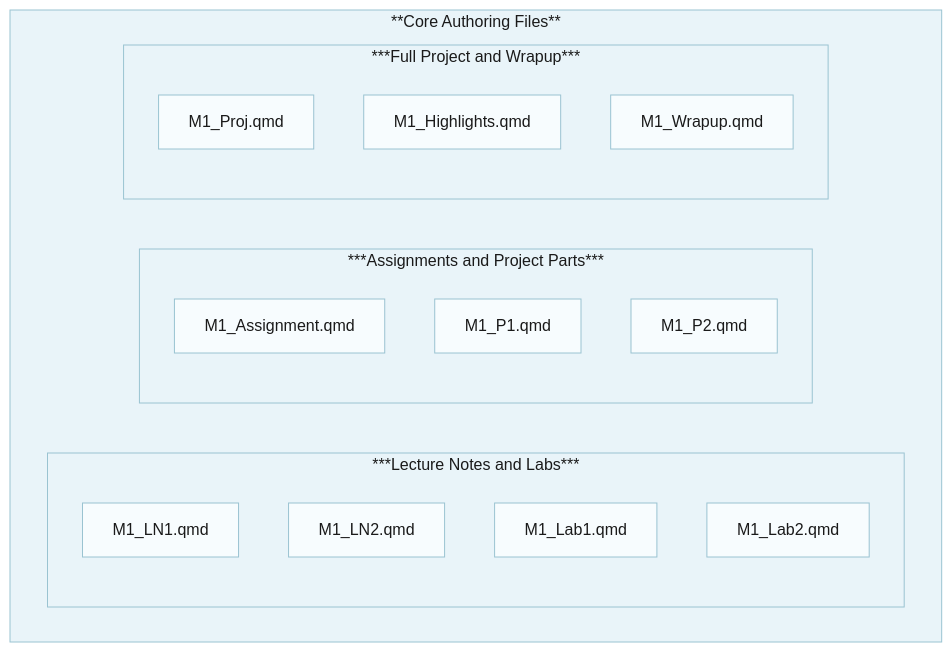
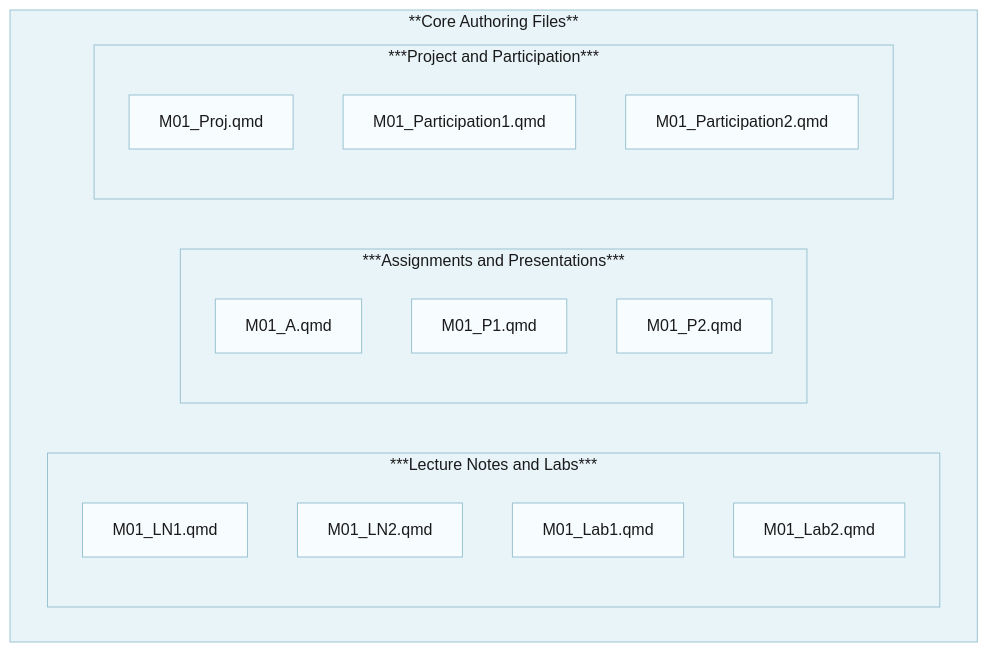
One commit to BostonAnalytics/edustack changed the second of 2 diagrams in 05_quarto_class_setup.qmd. Above: the diagram before and after it, drawn with Mermaid. The commit also changed other lines of this file and 89 other files, not shown here.

````diff
--- a/05_quarto_class_setup.qmd
+++ b/05_quarto_class_setup.qmd
@@ -243,40 +263,40 @@
 ```{mermaid}
 flowchart LR
 
 subgraph CoreFiles["**Core Authoring Files**"]
     direction LR
 
     %% Column 1
     subgraph Col1["***Lecture Notes and Labs***"]
         direction TB
-        C1[M1_LN1.qmd]
-        C2[M1_LN2.qmd]
-        C3[M1_Lab1.qmd]
-        C4[M1_Lab2.qmd]
+        C1[M01_LN1.qmd]
+        C2[M01_LN2.qmd]
+        C3[M01_Lab1.qmd]
+        C4[M01_Lab2.qmd]
     end
 
     %% Column 2
-    subgraph Col2["***Assignments and Project Parts***"]
+    subgraph Col2["***Assignments and Presentations***"]
         direction TB
-        C5[M1_Assignment.qmd]
-        C6[M1_P1.qmd]
-        C7[M1_P2.qmd]
+        C5[M01_A.qmd]
+        C6[M01_P1.qmd]
+        C7[M01_P2.qmd]
     end
 
     %% Column 3
-    subgraph Col3["***Full Project and Wrapup***"]
+    subgraph Col3["***Project and Participation***"]
         direction TB
-        C8[M1_Proj.qmd]
-        C9[M1_Highlights.qmd]
-        C10[M1_Wrapup.qmd]
+        C8[M01_Proj.qmd]
+        C9[M01_Participation1.qmd]
+        C10[M01_Participation2.qmd]
     end
 
 end
 
 %% Styling
 classDef group fill:#e9f4f9,stroke:#9ac3d1,color:#1a1a1a
 classDef node fill:#f7fcfe,stroke:#9ac3d1,color:#1a1a1a
 
 class CoreFiles,Col1,Col2,Col3 group
 class C1,C2,C3,C4,C5,C6,C7,C8,C9,C10 node
 ```
````
